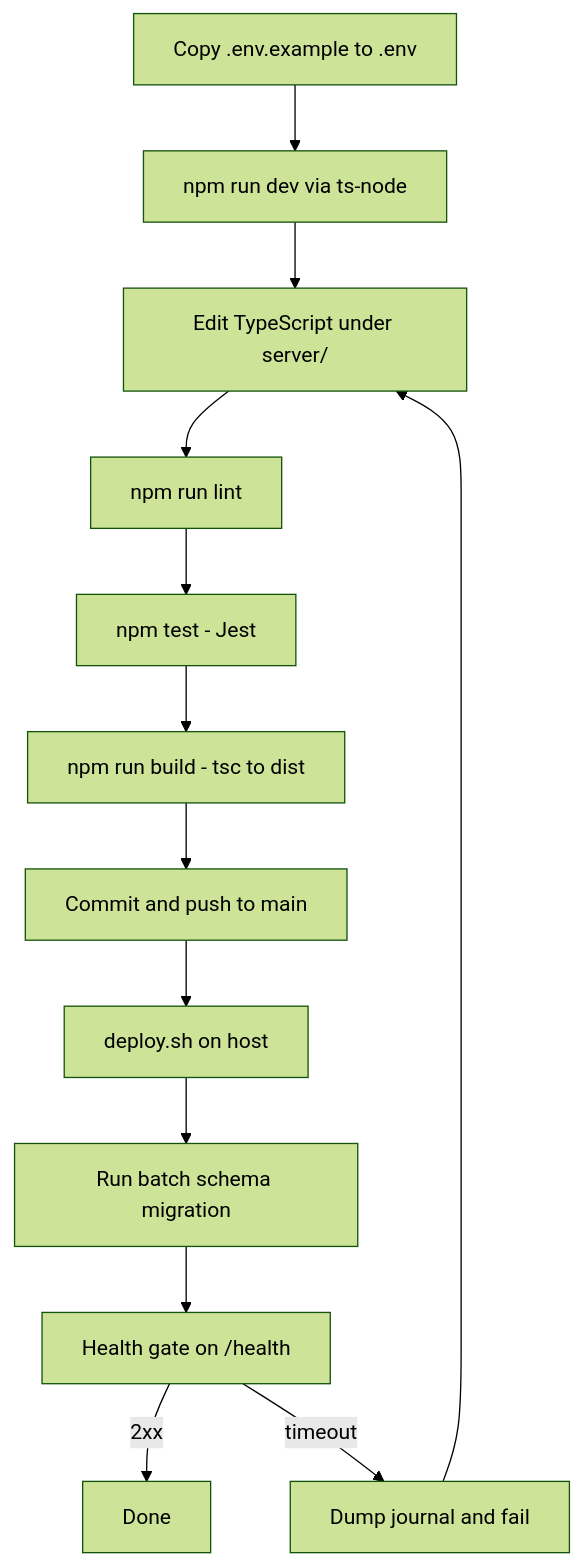
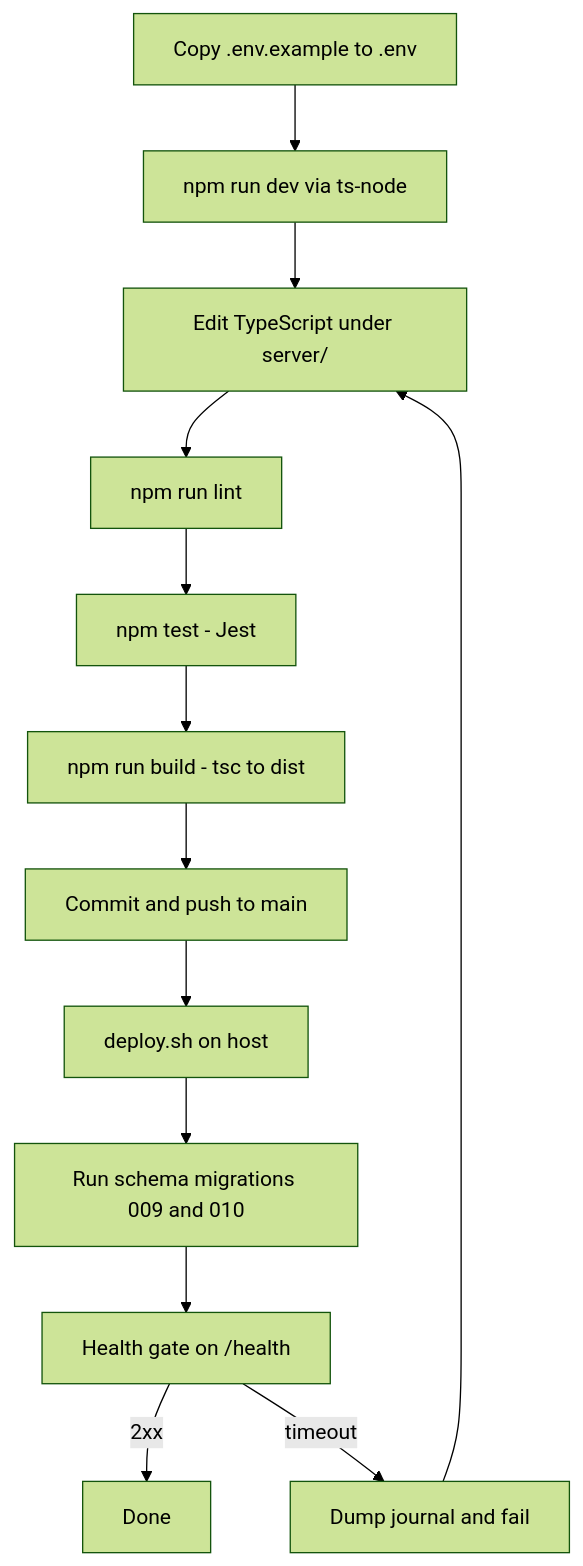
One commit to Jeffrey-Keyser/project-wiki changed the diagram in content/repos/Jeffrey-Keyser-ai-proxy/Iteration-Loop.md. Above: the diagram before and after it, drawn with Mermaid (forest theme). The commit also changed other lines of this file and 3 other files, not shown here.

````diff
--- a/content/repos/Jeffrey-Keyser-ai-proxy/Iteration-Loop.md
+++ b/content/repos/Jeffrey-Keyser-ai-proxy/Iteration-Loop.md
@@ -10,15 +10,15 @@
 ```mermaid
 flowchart TD
   A["Copy .env.example to .env"] --> B["npm run dev via ts-node"]
   B --> C["Edit TypeScript under server/"]
   C --> D["npm run lint"]
   D --> E["npm test - Jest"]
   E --> F["npm run build - tsc to dist"]
   F --> G["Commit and push to main"]
   G --> H["deploy.sh on host"]
-  H --> H2["Run batch schema migration"]
+  H --> H2["Run schema migrations 009 and 010"]
   H2 --> I["Health gate on /health"]
   I -->|"2xx"| J["Done"]
   I -->|"timeout"| K["Dump journal and fail"]
   K --> C
 ```
````
